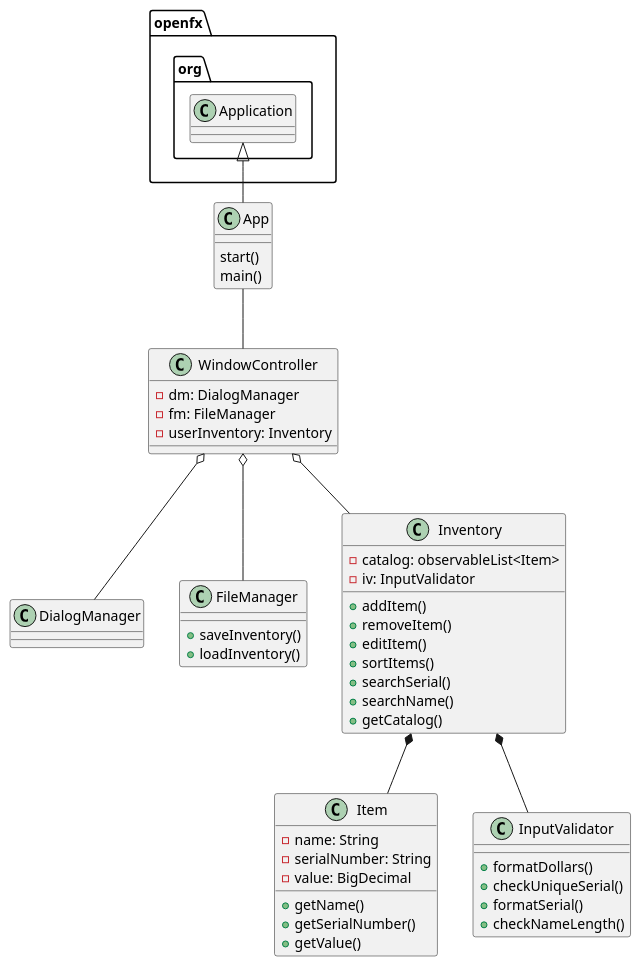
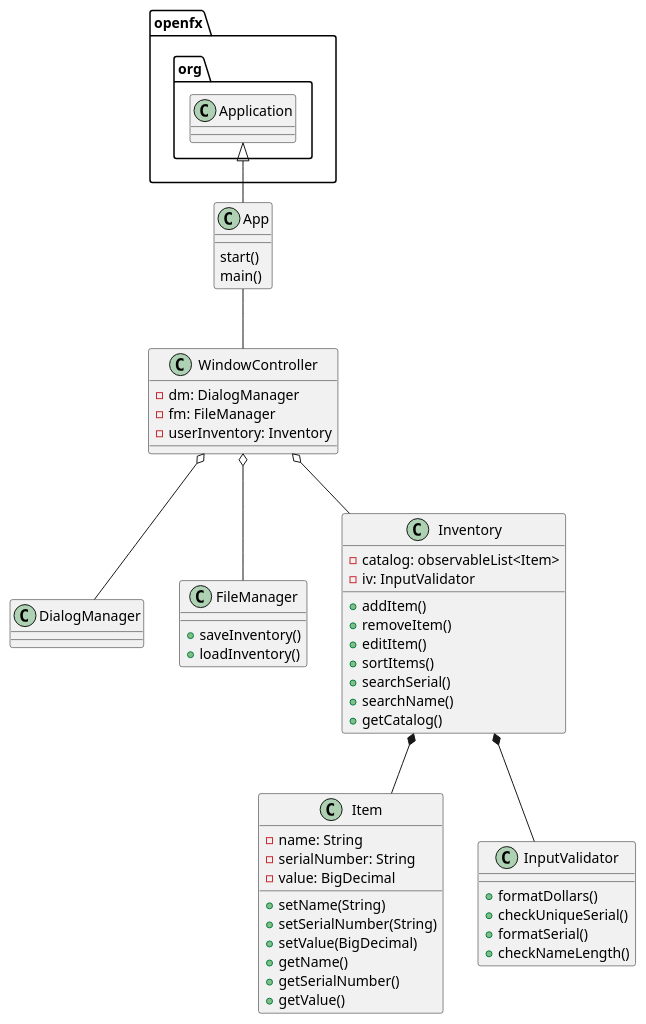
One commit to kingraham228/Ingraham-7945-a5 changed the diagram in uml/Inventory.puml. Above: the diagram before and after it, drawn with PlantUML. The commit also changed 3 other files, not shown here.

Commit message:
Item class constructor and diagram update.

```diff
--- a/uml/Inventory.puml
+++ b/uml/Inventory.puml
@@ -1,58 +1,61 @@
 @startuml
 class App{
 start()
 main()
 }
 
 class WindowController{
 - dm: DialogManager
 - fm: FileManager
 - userInventory: Inventory
 }
 
 class DialogManager{
 }
 
 class FileManager{
 +saveInventory()
 +loadInventory()
 }
 
 class Inventory{
 - catalog: observableList<Item>
 - iv: InputValidator
 
 +addItem()
 +removeItem()
 +editItem()
 +sortItems()
 +searchSerial()
 +searchName()
 +getCatalog()
 }
 
 class Item{
 -name: String
 -serialNumber: String
 -value: BigDecimal
 
++setName(String)
++setSerialNumber(String)
++setValue(BigDecimal)
 +getName()
 +getSerialNumber()
 +getValue()
 }
 
 class InputValidator{
 + formatDollars()
 + checkUniqueSerial()
 + formatSerial()
 + checkNameLength()
 }
 
 openfx.org.Application <|-- App
 App -- WindowController
 WindowController o-- DialogManager
 WindowController o-- FileManager
 WindowController o-- Inventory
 Inventory *-- Item
 Inventory *-- InputValidator
 @enduml
```
